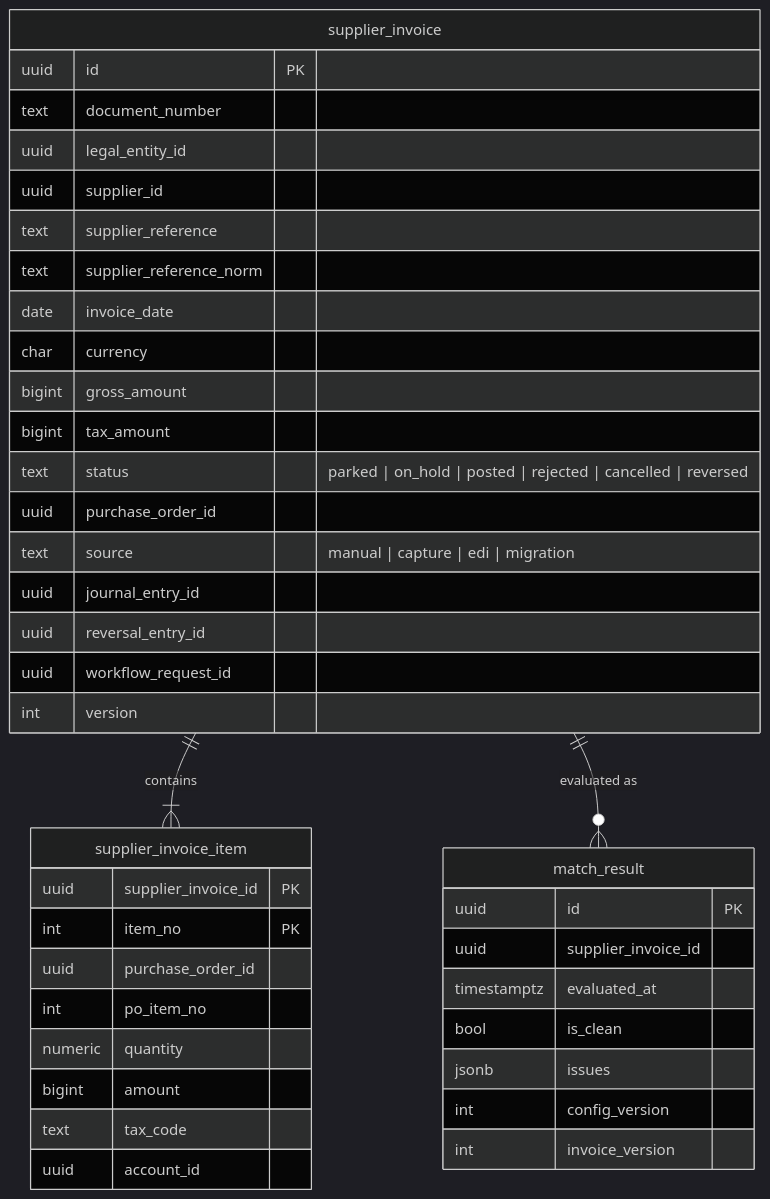
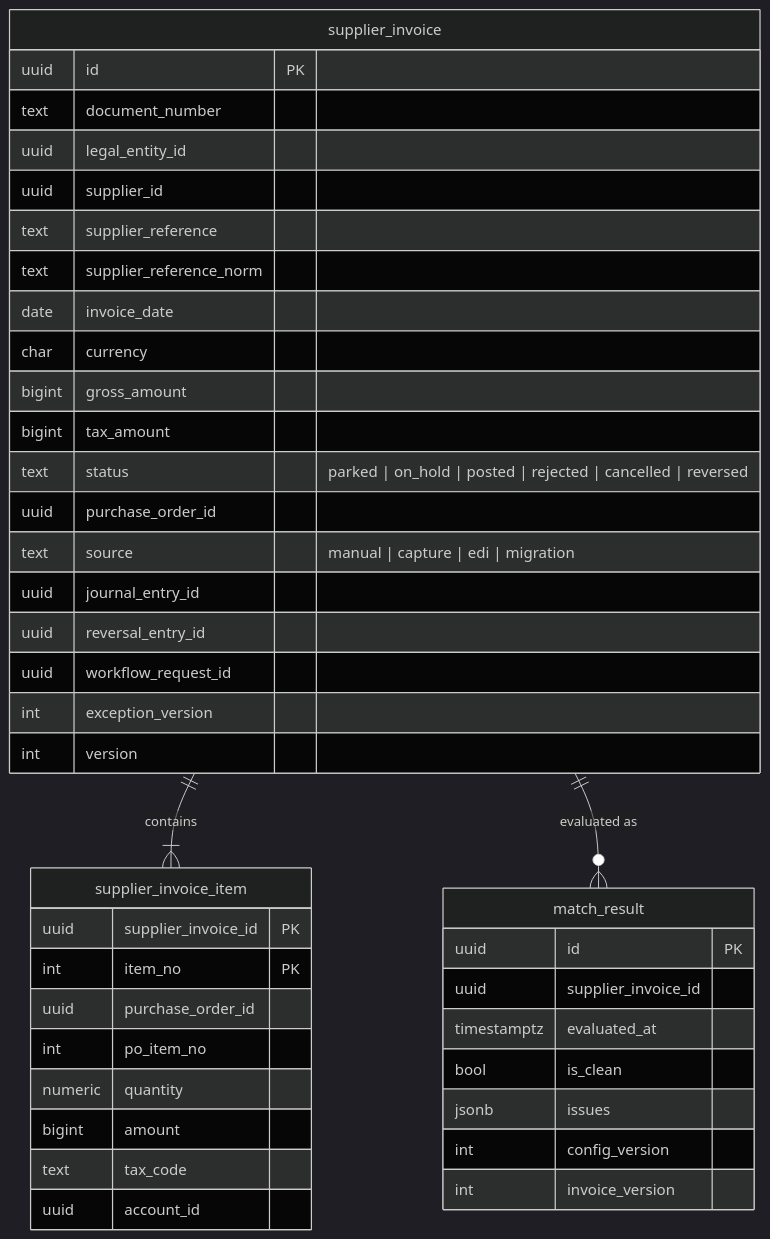
One commit to mustie7iy/agentic-erp changed the seventh of 9 diagrams in docs/design/03-data-model.md. Above: the diagram before and after it, drawn with Mermaid (dark theme). The commit also changed other lines of this file and 6 other files, not shown here.

````diff
--- a/docs/design/03-data-model.md
+++ b/docs/design/03-data-model.md
@@ -525,37 +525,38 @@
 ```mermaid
 erDiagram
   supplier_invoice ||--|{ supplier_invoice_item : contains
   supplier_invoice ||--o{ match_result : "evaluated as"
   supplier_invoice { uuid id PK
     text document_number
     uuid legal_entity_id
     uuid supplier_id
     text supplier_reference
     text supplier_reference_norm
     date invoice_date
     char currency
     bigint gross_amount
     bigint tax_amount
     text status "parked | on_hold | posted | rejected | cancelled | reversed"
     uuid purchase_order_id
     text source "manual | capture | edi | migration"
     uuid journal_entry_id
     uuid reversal_entry_id
     uuid workflow_request_id
+    int exception_version
     int version }
   supplier_invoice_item { uuid supplier_invoice_id PK
     int item_no PK
     uuid purchase_order_id
     int po_item_no
     numeric quantity
     bigint amount
     text tax_code
     uuid account_id }
   match_result { uuid id PK
     uuid supplier_invoice_id
     timestamptz evaluated_at
     bool is_clean
     jsonb issues
     int config_version
     int invoice_version }
 ```
````
